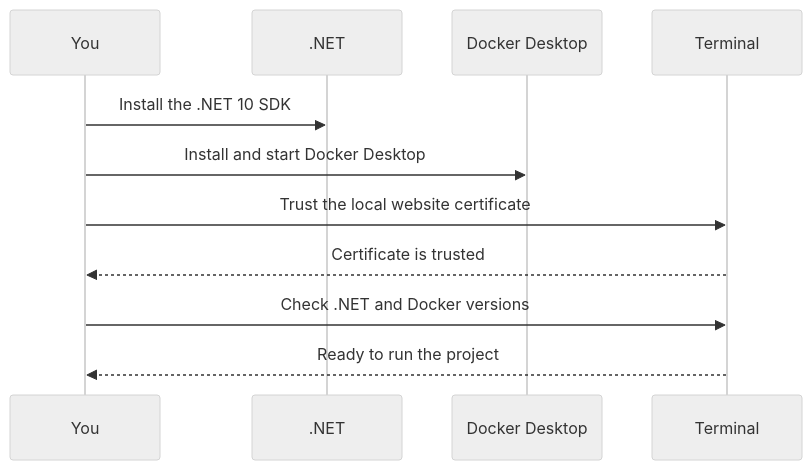
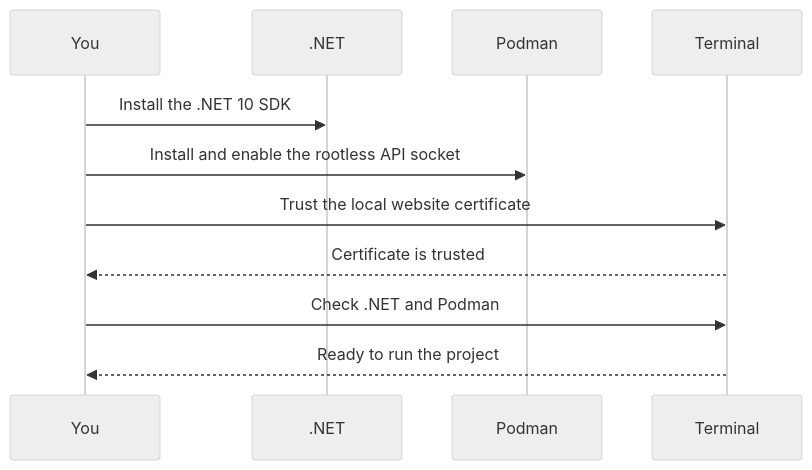
One commit to hallojoe/defaults-for-umbraco changed the diagram in INSTALL.md. Above: the diagram before and after it, drawn with Mermaid (neutral theme). The commit also changed other lines of this file and 22 other files, not shown here.

````diff
--- a/INSTALL.md
+++ b/INSTALL.md
@@ -5,14 +5,14 @@
 ```mermaid
 sequenceDiagram
     participant You
     participant DotNet as .NET
-    participant Docker as Docker Desktop
+    participant Podman as Podman
     participant Terminal
 
     You->>DotNet: Install the .NET 10 SDK
-    You->>Docker: Install and start Docker Desktop
+    You->>Podman: Install and enable the rootless API socket
     You->>Terminal: Trust the local website certificate
     Terminal-->>You: Certificate is trusted
-    You->>Terminal: Check .NET and Docker versions
+    You->>Terminal: Check .NET and Podman
     Terminal-->>You: Ready to run the project
 ```
````
